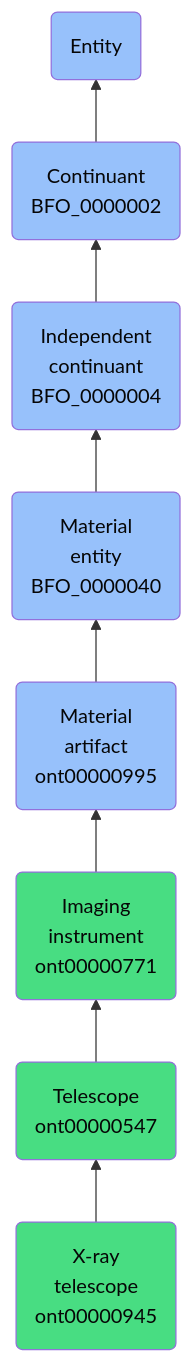
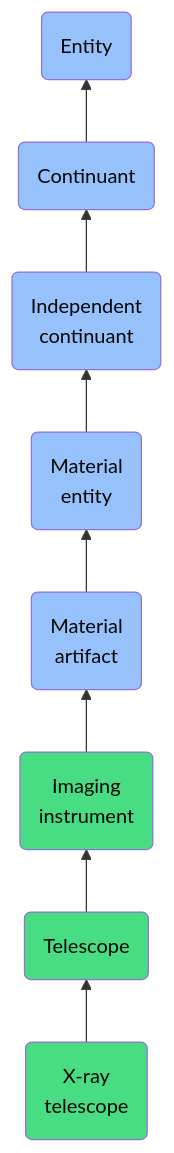
The diagram in docs/ontology/reference/model/Entity/Continuant/Independent continuant/Material entity/Material artifact/Imaging instrument/Telescope/X-ray telescope/X-ray telescope.md (jupyter-naas/abi), drawn with Mermaid before and after one commit. The commit also changed other lines of this file and 1430 other files, not shown here.

````diff
--- a/docs/ontology/reference/model/Entity/Continuant/Independent continuant/Material entity/Material artifact/Imaging instrument/Telescope/X-ray telescope/X-ray telescope.md
+++ b/docs/ontology/reference/model/Entity/Continuant/Independent continuant/Material entity/Material artifact/Imaging instrument/Telescope/X-ray telescope/X-ray telescope.md
@@ -24,15 +24,15 @@
 ```mermaid
 graph BT
-    ont00000945(X-ray<br>telescope<br>ont00000945):::ABI-->ont00000547
-    ont00000547(Telescope<br>ont00000547):::ABI-->ont00000771
-    ont00000771(Imaging<br>instrument<br>ont00000771):::ABI-->ont00000995
-    ont00000995(Material<br>artifact<br>ont00000995):::BFO-->BFO_0000040
-    BFO_0000040(Material<br>entity<br>BFO_0000040):::BFO-->BFO_0000004
-    BFO_0000004(Independent<br>continuant<br>BFO_0000004):::BFO-->BFO_0000002
-    BFO_0000002(Continuant<br>BFO_0000002):::BFO-->BFO_0000001
+    ont00000945(X-ray<br>telescope):::ABI-->ont00000547
+    ont00000547(Telescope):::ABI-->ont00000771
+    ont00000771(Imaging<br>instrument):::ABI-->ont00000995
+    ont00000995(Material<br>artifact):::BFO-->BFO_0000040
+    BFO_0000040(Material<br>entity):::BFO-->BFO_0000004
+    BFO_0000004(Independent<br>continuant):::BFO-->BFO_0000002
+    BFO_0000002(Continuant):::BFO-->BFO_0000001
     BFO_0000001(Entity):::BFO
     
     classDef BFO fill:#97c1fb,color:#060606
     classDef CCO fill:#e4c51e,color:#060606
     classDef ABI fill:#48DD82,color:#060606
 ```
````
